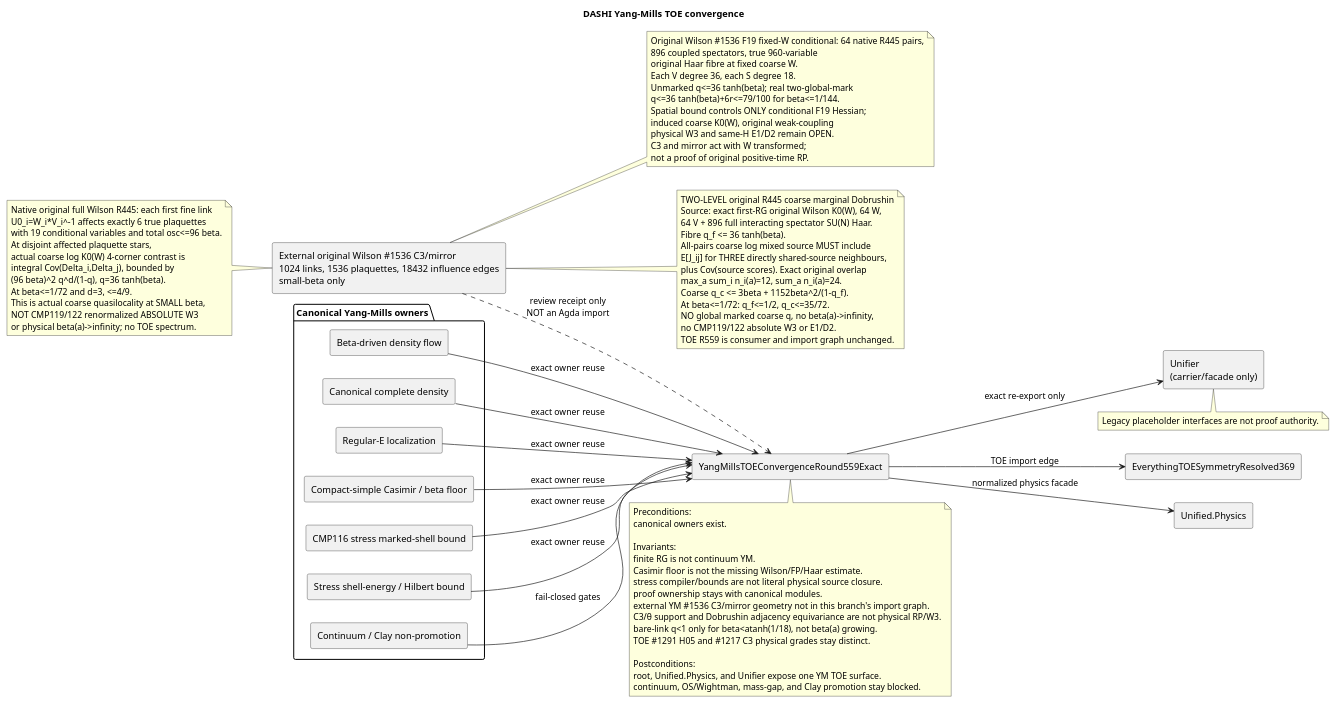
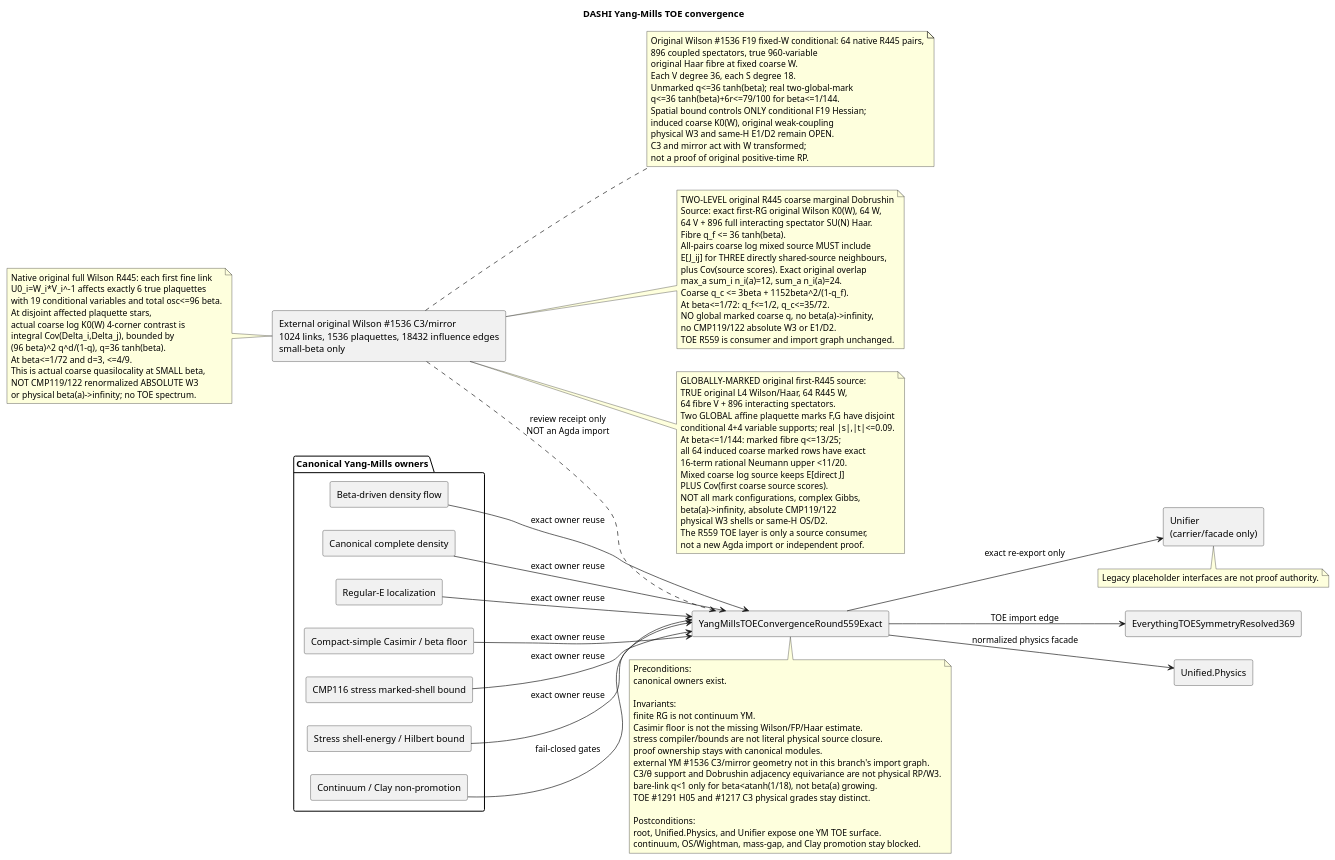
The diagram in Docs/diagrams/ym_toe_r559_convergence.puml (chboishabba/dashi_agda), drawn with PlantUML before and after one commit.

Commit message:
TOE R559: original Wilson globally marked coarse R445 q<11/20 exact source receipt; physical W3 nonpromotion

```diff
--- a/Docs/diagrams/ym_toe_r559_convergence.puml
+++ b/Docs/diagrams/ym_toe_r559_convergence.puml
@@ -1,106 +1,125 @@
 @startuml
 title DASHI Yang-Mills TOE convergence
 
 left to right direction
 skinparam componentStyle rectangle
 
 package "Canonical Yang-Mills owners" {
   component "Beta-driven density flow" as Beta
   component "Canonical complete density" as Density
   component "Regular-E localization" as RegularE
   component "Compact-simple Casimir / beta floor" as Casimir
   component "CMP116 stress marked-shell bound" as StressShell
   component "Stress shell-energy / Hilbert bound" as StressHilbert
   component "Continuum / Clay non-promotion" as NonPromotion
 }
 
 component "External original Wilson #1536 C3/mirror\n1024 links, 1536 plaquettes, 18432 influence edges\nsmall-beta only" as OriginalWilsonC3
 component "YangMillsTOEConvergenceRound559Exact" as YMTOE
 component "EverythingTOESymmetryResolved369" as Root
 component "Unified.Physics" as UnifiedPhysics
 component "Unifier\n(carrier/facade only)" as Unifier
 
 Beta --> YMTOE : exact owner reuse
 Density --> YMTOE : exact owner reuse
 RegularE --> YMTOE : exact owner reuse
 Casimir --> YMTOE : exact owner reuse
 StressShell --> YMTOE : exact owner reuse
 StressHilbert --> YMTOE : exact owner reuse
 NonPromotion --> YMTOE : fail-closed gates
 OriginalWilsonC3 ..> YMTOE : review receipt only\nNOT an Agda import
 
 YMTOE --> Root : TOE import edge
 YMTOE --> UnifiedPhysics : normalized physics facade
 YMTOE --> Unifier : exact re-export only
 
 note bottom of YMTOE
 Preconditions:
 canonical owners exist.
 
 Invariants:
 finite RG is not continuum YM.
 Casimir floor is not the missing Wilson/FP/Haar estimate.
 stress compiler/bounds are not literal physical source closure.
 proof ownership stays with canonical modules.
 external YM #1536 C3/mirror geometry not in this branch's import graph.
 C3/θ support and Dobrushin adjacency equivariance are not physical RP/W3.
 bare-link q<1 only for beta<atanh(1/18), not beta(a) growing.
 TOE #1291 H05 and #1217 C3 physical grades stay distinct.
 
 Postconditions:
 root, Unified.Physics, and Unifier expose one YM TOE surface.
 continuum, OS/Wightman, mass-gap, and Clay promotion stay blocked.
 end note
 
 note bottom of Unifier
 Legacy placeholder interfaces are not proof authority.
 end note
 
 ' 22-Nov external source receipt; graph/counts proven locally, not merged Agda
 note right of OriginalWilsonC3
 Original Wilson #1536 F19 fixed-W conditional: 64 native R445 pairs,
 896 coupled spectators, true 960-variable
 original Haar fibre at fixed coarse W.
 Each V degree 36, each S degree 18.
 Unmarked q<=36 tanh(beta); real two-global-mark
 q<=36 tanh(beta)+6r<=79/100 for beta<=1/144.
 Spatial bound controls ONLY conditional F19 Hessian;
 induced coarse K0(W), original weak-coupling
 physical W3 and same-H E1/D2 remain OPEN.
 C3 and mirror act with W transformed;
 not a proof of original positive-time RP.
 end note
 
 ' 22-Nov stronger original Wilson first-R445 source: actual COARSE action
 note left of OriginalWilsonC3
 Native original full Wilson R445: each first fine link
 U0_i=W_i*V_i^-1 affects exactly 6 true plaquettes
 with 19 conditional variables and total osc<=96 beta.
 At disjoint affected plaquette stars,
 actual coarse log K0(W) 4-corner contrast is
 integral Cov(Delta_i,Delta_j), bounded by
 (96 beta)^2 q^d/(1-q), q=36 tanh(beta).
 At beta<=1/72 and d=3, <=4/9.
 This is actual coarse quasilocality at SMALL beta,
 NOT CMP119/122 renormalized ABSOLUTE W3
 or physical beta(a)->infinity; no TOE spectrum.
 end note
 
 ' TWO-LEVEL original R445 coarse marginal Dobrushin: source-owned #1536,
 ' NOT a local Agda theorem, NOT CMP119/122 weak-coupling W3.
 note right of OriginalWilsonC3
 TWO-LEVEL original R445 coarse marginal Dobrushin
 Source: exact first-RG original Wilson K0(W), 64 W,
 64 V + 896 full interacting spectator SU(N) Haar.
 Fibre q_f <= 36 tanh(beta).
 All-pairs coarse log mixed source MUST include
 E[J_ij] for THREE directly shared-source neighbours,
 plus Cov(source scores). Exact original overlap
 max_a sum_i n_i(a)=12, sum_a n_i(a)=24.
 Coarse q_c <= 3beta + 1152beta^2/(1-q_f).
 At beta<=1/72: q_f<=1/2, q_c<=35/72.
 NO global marked coarse q, no beta(a)->infinity,
 no CMP119/122 absolute W3 or E1/D2.
 TOE R559 is consumer and import graph unchanged.
 end note
+
+' GLOBALLY-MARKED original first-R445 source is external #1536 evidence.
+note right of OriginalWilsonC3
+GLOBALLY-MARKED original first-R445 source:
+TRUE original L4 Wilson/Haar, 64 R445 W,
+64 fibre V + 896 interacting spectators.
+Two GLOBAL affine plaquette marks F,G have disjoint
+conditional 4+4 variable supports; real |s|,|t|<=0.09.
+At beta<=1/144: marked fibre q<=13/25;
+all 64 induced coarse marked rows have exact
+16-term rational Neumann upper <11/20.
+Mixed coarse log source keeps E[direct J]
+PLUS Cov(first coarse source scores).
+NOT all mark configurations, complex Gibbs,
+beta(a)->infinity, absolute CMP119/122
+physical W3 shells or same-H OS/D2.
+The R559 TOE layer is only a source consumer,
+not a new Agda import or independent proof.
+end note
 @enduml
```
